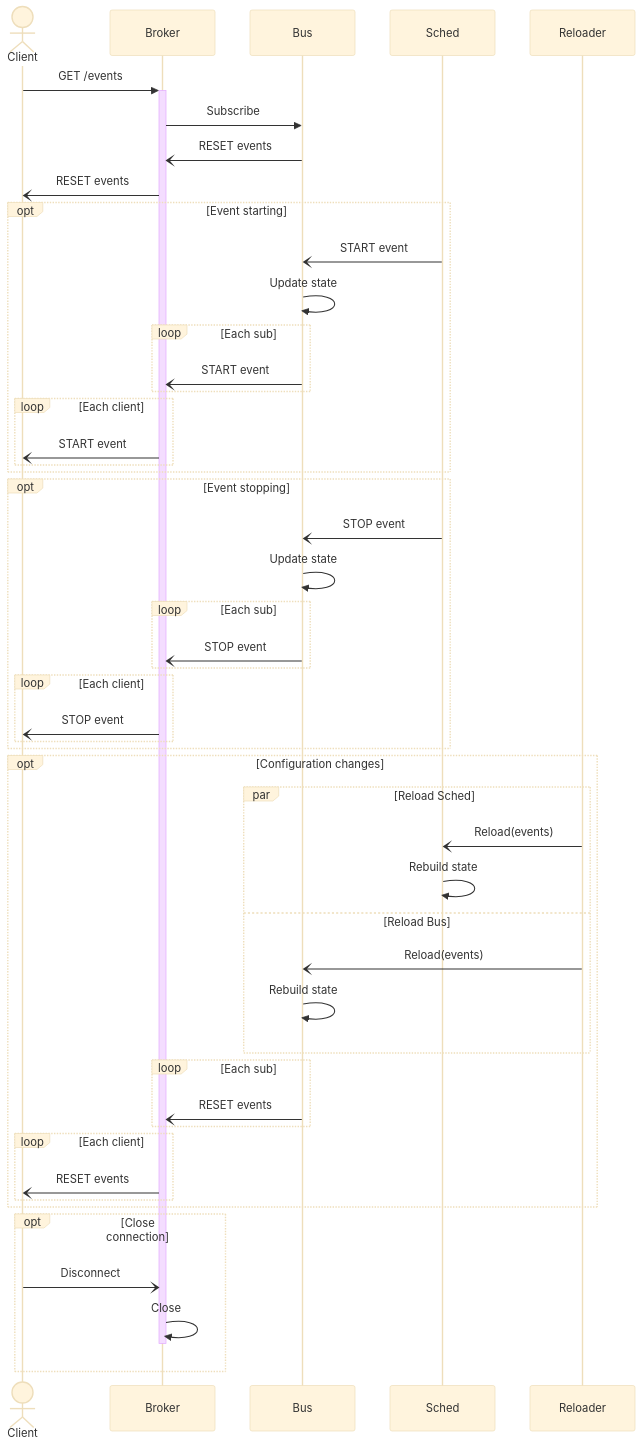
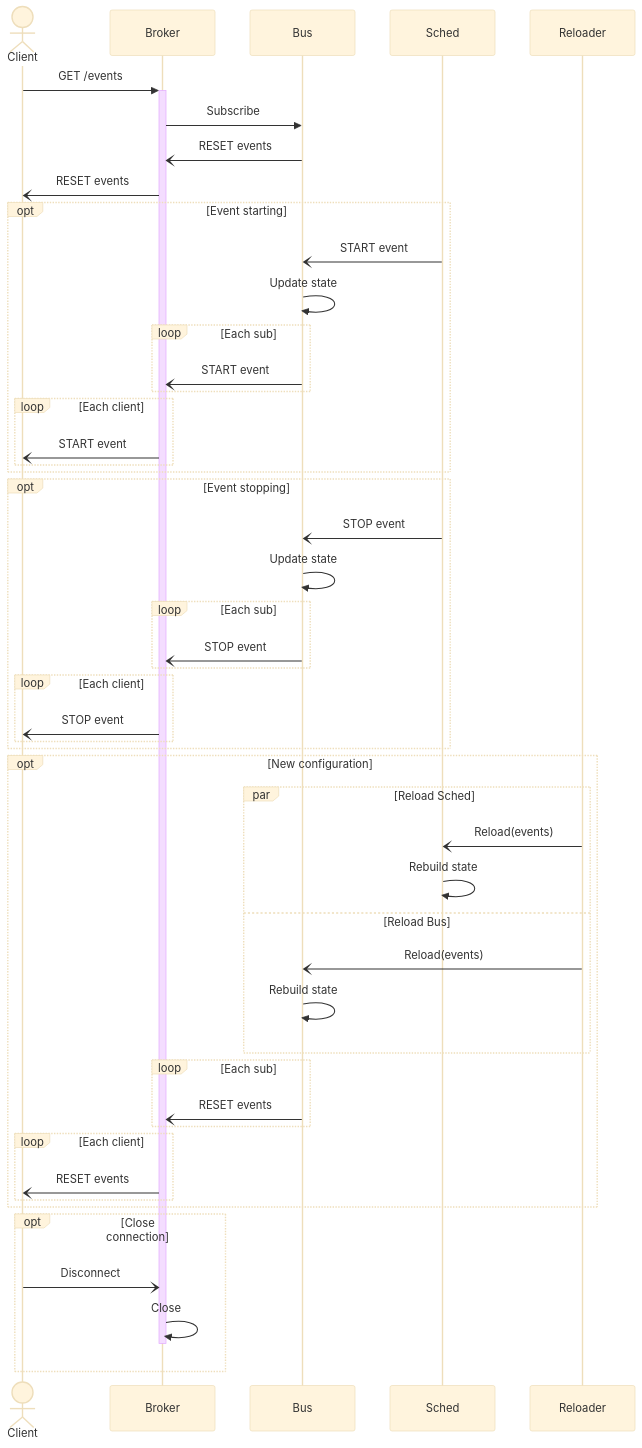
One commit to bsid-es/steven changed the diagram in README.md. Above: the diagram before and after it, drawn with Mermaid (base theme).

Commit message:
docs: new configuration on sequence diagram

````diff
--- a/README.md
+++ b/README.md
@@ -100,57 +100,57 @@
 ```mermaid
 sequenceDiagram
 
 actor Client
 participant Broker
 participant Bus
 participant Sched
 participant Reloader
 
 Client->>+Broker: GET /events
 Broker->>Bus: Subscribe
 Bus-)Broker: RESET events
 Broker-)Client: RESET events
 
 opt Event starting
 	Sched-)Bus: START event
 	Bus->>Bus: Update state
 	loop Each sub
 		Bus-)Broker: START event
 	end
 	loop Each client
 		Broker-)Client: START event
 	end
 end
 
 opt Event stopping
 	Sched-)Bus: STOP event
 	Bus->>Bus: Update state
 	loop Each sub
 		Bus-)Broker: STOP event
 	end
 	loop Each client
 		Broker-)Client: STOP event
 	end
 end
 
-opt Configuration changes
+opt New configuration
 	par Reload Sched
 		Reloader-)Sched: Reload(events)
 		Sched->>Sched: Rebuild state
 	and Reload Bus
 		Reloader-)Bus: Reload(events)
 		Bus->>Bus: Rebuild state
 	end
 	loop Each sub
 		Bus-)Broker: RESET events
 	end
 	loop Each client
 		Broker-)Client: RESET events
 	end
 end
 
 opt Close connection
 Client-)Broker: Disconnect
 Broker->>-Broker: Close
 end
 ```
````
